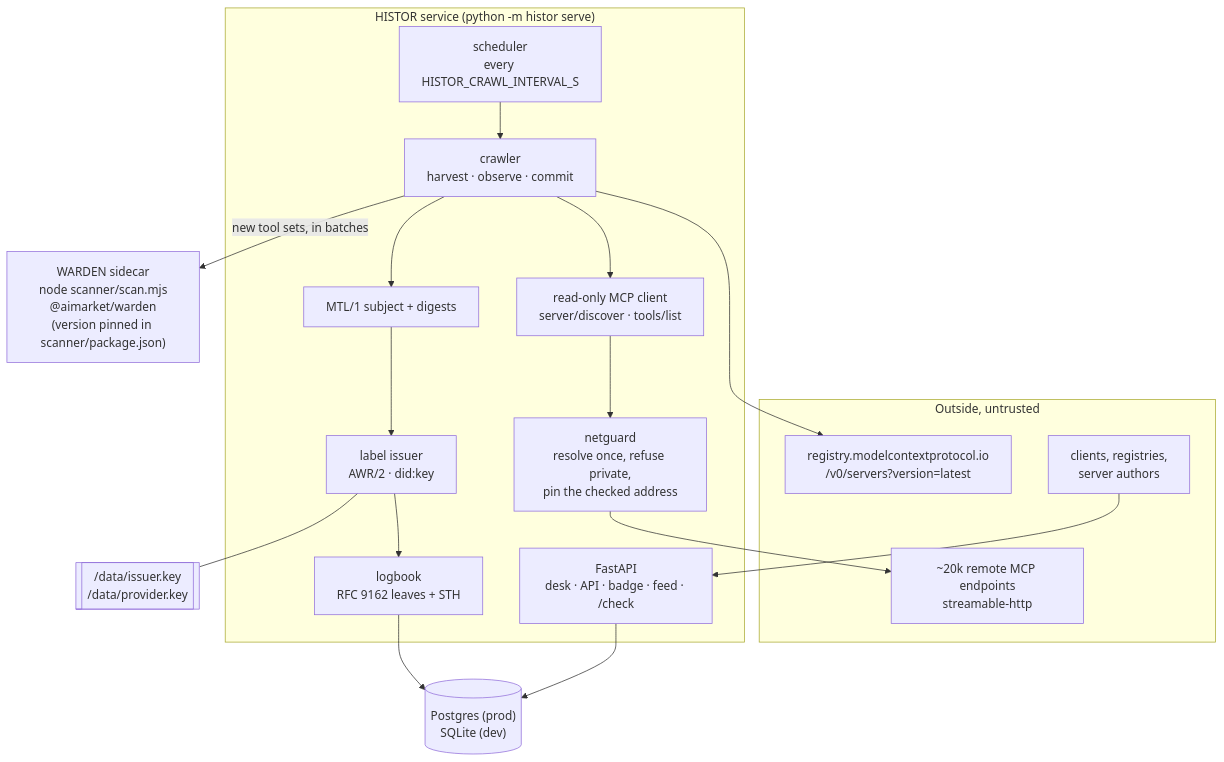
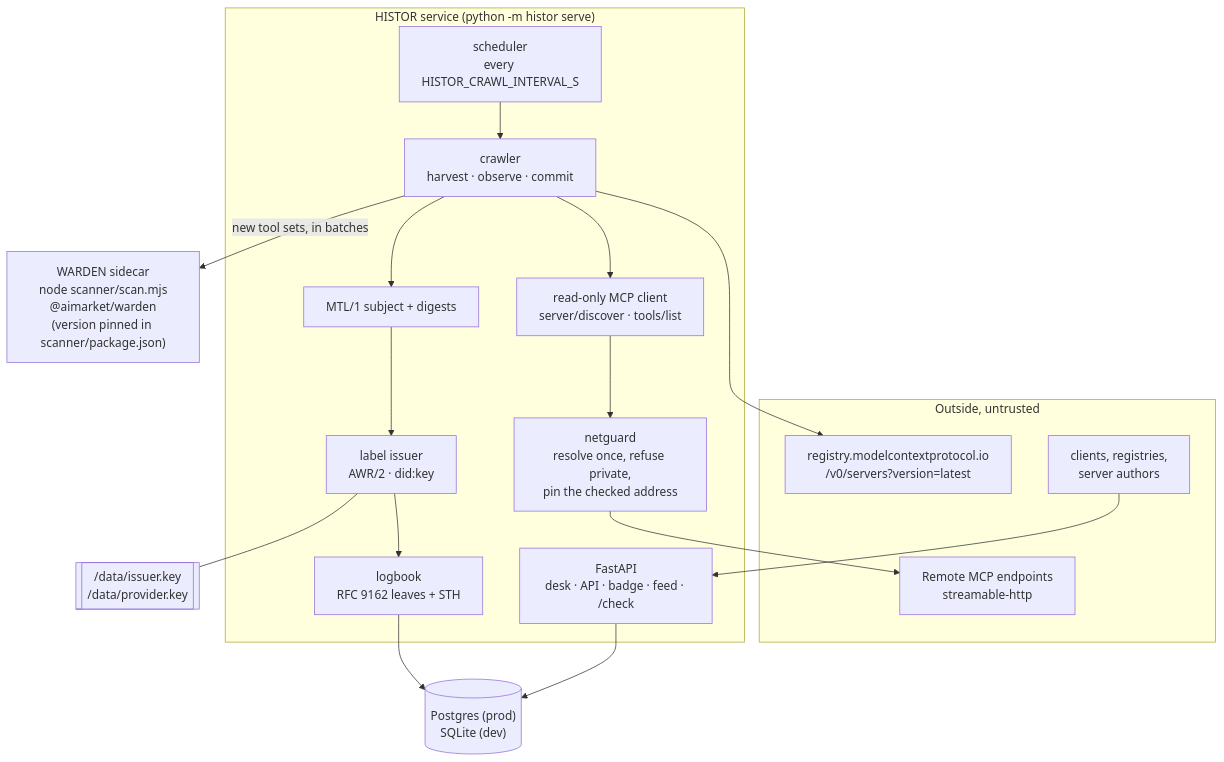
One commit to alexar76/histor changed the first of 4 diagrams in docs/architecture.md. Above: the diagram before and after it, drawn with Mermaid. The commit also changed other lines of this file and 42 other files, not shown here.

````diff
--- a/docs/architecture.md
+++ b/docs/architecture.md
@@ -9,30 +9,30 @@
 ```mermaid
 flowchart TB
     subgraph Outside["Outside, untrusted"]
         REG["registry.modelcontextprotocol.io<br/>/v0/servers?version=latest"]
-        MCP["~20k remote MCP endpoints<br/>streamable-http"]
+        MCP["Remote MCP endpoints<br/>streamable-http"]
         CLIENT["clients, registries,<br/>server authors"]
     end
     subgraph Service["HISTOR service (python -m histor serve)"]
         SCHED["scheduler<br/>every HISTOR_CRAWL_INTERVAL_S"]
         CRAWL["crawler<br/>harvest · observe · commit"]
         GUARD["netguard<br/>resolve once, refuse private,<br/>pin the checked address"]
         READER["read-only MCP client<br/>server/discover · tools/list"]
         SUBJ["MTL/1 subject + digests"]
         LABELS["label issuer<br/>AWR/2 · did:key"]
         LOG["logbook<br/>RFC 9162 leaves + STH"]
         API["FastAPI<br/>desk · API · badge · feed · /check"]
     end
     SIDE["WARDEN sidecar<br/>node scanner/scan.mjs<br/>@aimarket/warden<br/>(version pinned in scanner/package.json)"]
     DB[("Postgres (prod)<br/>SQLite (dev)")]
     KEY[["/data/issuer.key<br/>/data/provider.key"]]
 
     SCHED --> CRAWL
     CRAWL --> REG
     CRAWL --> READER --> GUARD --> MCP
     CRAWL --> SUBJ --> LABELS --> LOG --> DB
     CRAWL -- "new tool sets, in batches" --> SIDE
     LABELS --- KEY
     API --> DB
     CLIENT --> API
 ```
````
